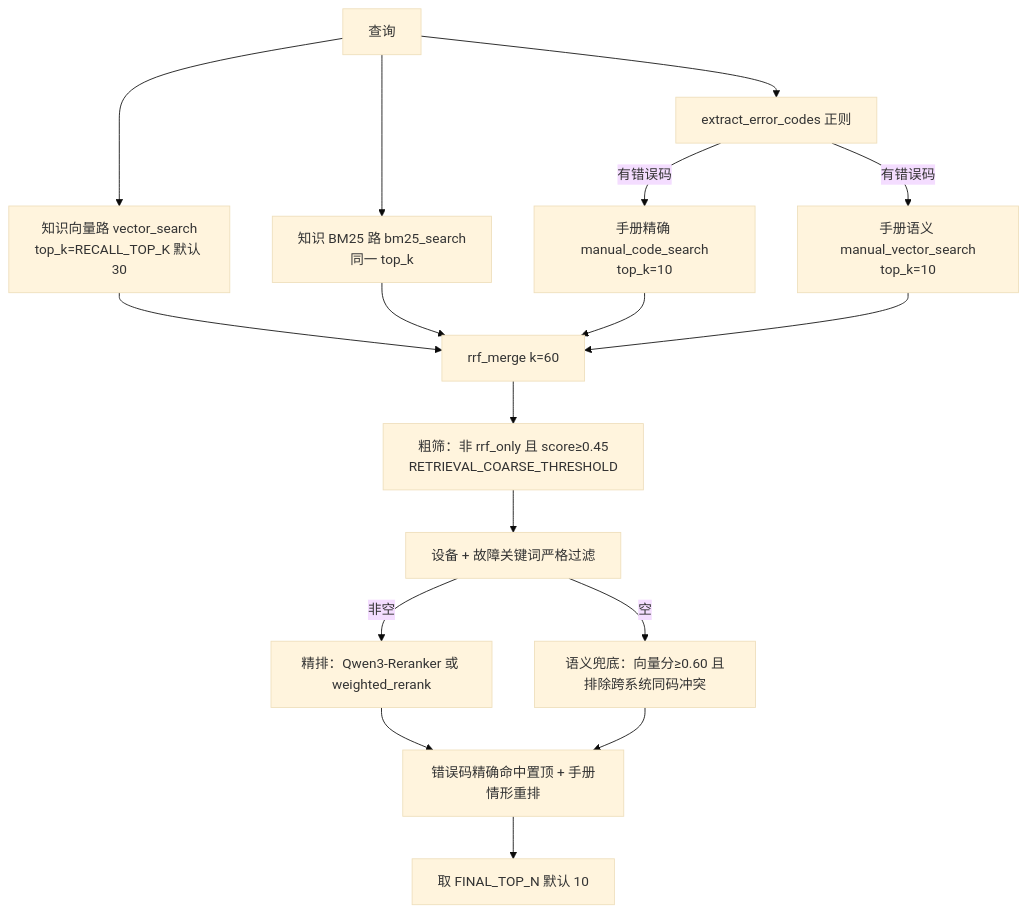
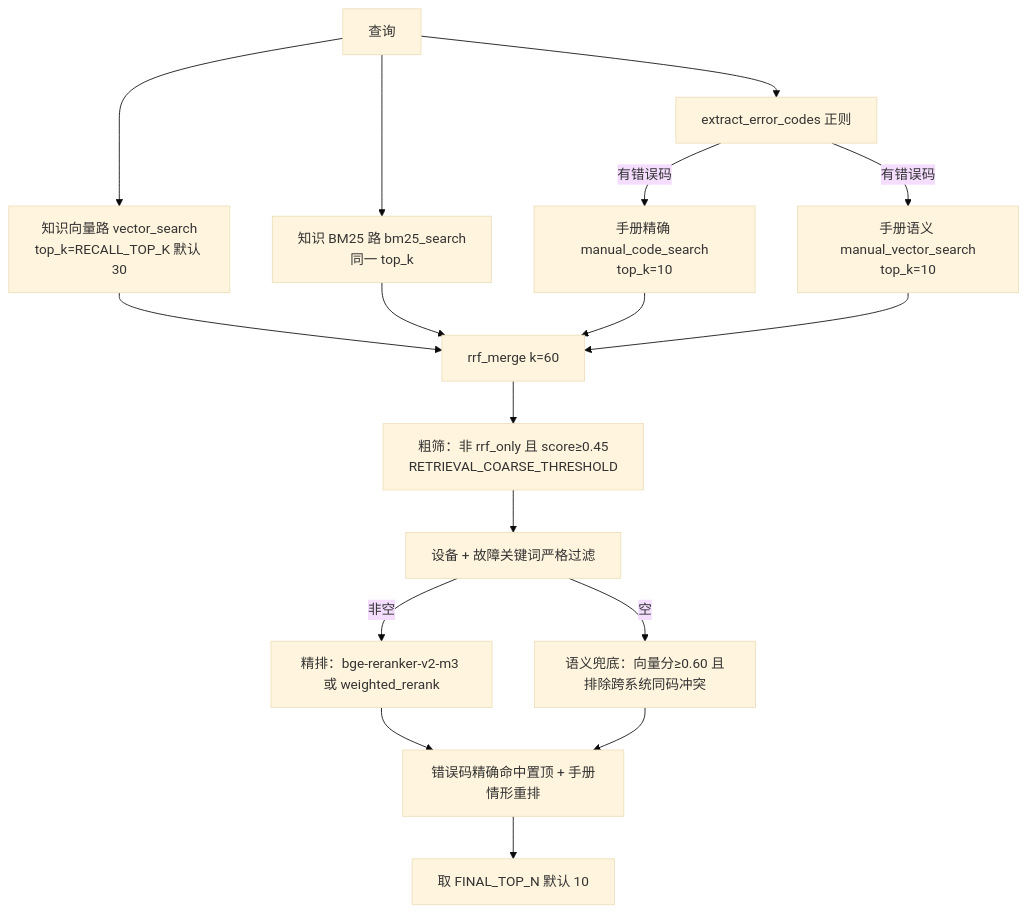
The fourth of 10 diagrams in docs/ARCHITECTURE.md (SHUN-EI/Car-Repair-System), drawn with Mermaid (base theme) before and after one commit. The commit also changed other lines of this file and 44 other files, not shown here.

````diff
--- a/docs/ARCHITECTURE.md
+++ b/docs/ARCHITECTURE.md
@@ -390,19 +390,19 @@
 ```mermaid
 flowchart TD
     Q[查询] --> E[extract_error_codes 正则]
     Q --> V["知识向量路 vector_search<br/>top_k=RECALL_TOP_K 默认 30"]
     Q --> B["知识 BM25 路 bm25_search<br/>同一 top_k"]
     E -->|有错误码| MX["手册精确 manual_code_search<br/>top_k=10"]
     E -->|有错误码| MV["手册语义 manual_vector_search<br/>top_k=10"]
     V --> RRF["rrf_merge k=60"]
     B --> RRF
     MX --> RRF
     MV --> RRF
     RRF --> COARSE["粗筛：非 rrf_only 且 score≥0.45<br/>RETRIEVAL_COARSE_THRESHOLD"]
     COARSE --> STRICT["设备 + 故障关键词严格过滤"]
-    STRICT -->|非空| RR["精排：Qwen3-Reranker 或 weighted_rerank"]
+    STRICT -->|非空| RR["精排：bge-reranker-v2-m3 或 weighted_rerank"]
     STRICT -->|空| RESCUE["语义兜底：向量分≥0.60 且排除跨系统同码冲突"]
     RR --> PIN["错误码精确命中置顶 + 手册情形重排"]
     RESCUE --> PIN
     PIN --> OUT["取 FINAL_TOP_N 默认 10"]
 ```
````
